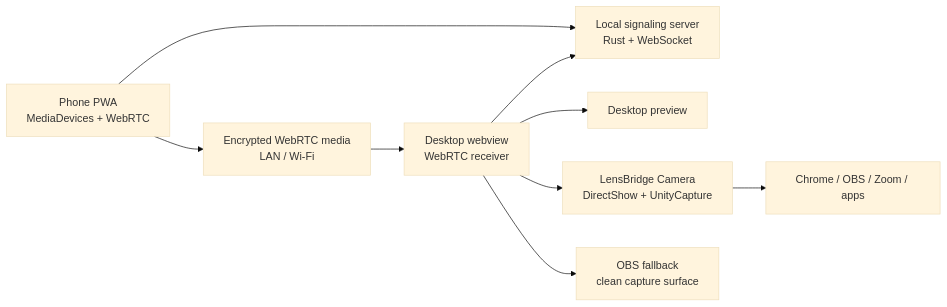
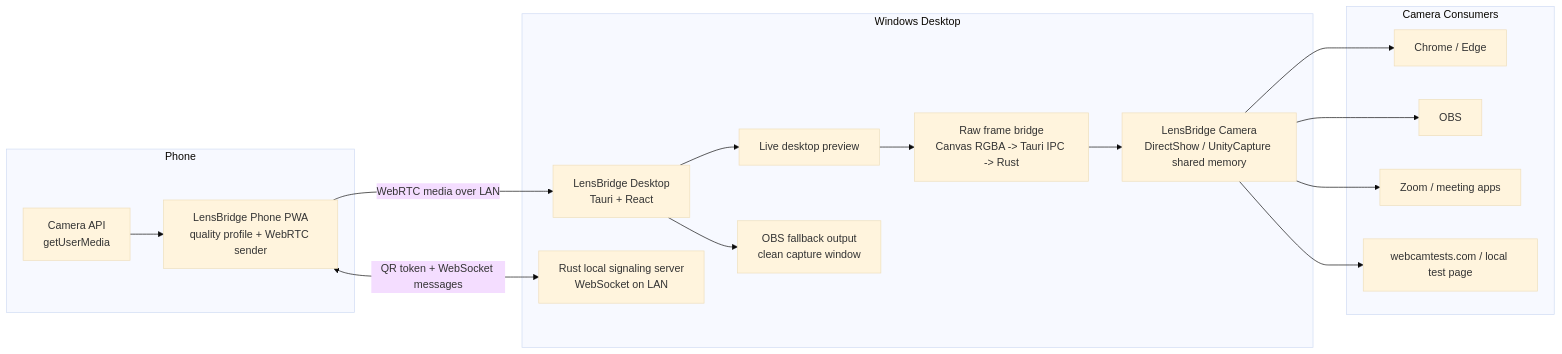
One commit to Abhi190702/lensbridge changed the diagram in README.md. Above: the diagram before and after it, drawn with Mermaid (base theme). The commit also changed other lines of this file and 1 other file, not shown here.

````diff
--- a/README.md
+++ b/README.md
@@ -36,11 +80,35 @@
 ```mermaid
 flowchart LR
-  phone["Phone PWA<br/>MediaDevices + WebRTC"] --> signal["Local signaling server<br/>Rust + WebSocket"]
-  desktop["Desktop webview<br/>WebRTC receiver"] --> signal
-  phone --> media["Encrypted WebRTC media<br/>LAN / Wi-Fi"]
-  media --> desktop
-  desktop --> preview["Desktop preview"]
-  desktop --> direct["LensBridge Camera<br/>DirectShow + UnityCapture"]
-  direct --> apps["Chrome / OBS / Zoom / apps"]
-  desktop --> obs["OBS fallback<br/>clean capture surface"]
+  subgraph Phone["Phone"]
+    Camera["Camera API<br/>getUserMedia"]
+    PhoneApp["LensBridge Phone PWA<br/>quality profile + WebRTC sender"]
+  end
+
+  subgraph Desktop["Windows Desktop"]
+    Tauri["LensBridge Desktop<br/>Tauri + React"]
+    Signal["Rust local signaling server<br/>WebSocket on LAN"]
+    Preview["Live desktop preview"]
+    Bridge["Raw frame bridge<br/>Canvas RGBA -> Tauri IPC -> Rust"]
+    DShow["LensBridge Camera<br/>DirectShow / UnityCapture shared memory"]
+    ObsSurface["OBS fallback output<br/>clean capture window"]
+  end
+
+  subgraph Apps["Camera Consumers"]
+    Chrome["Chrome / Edge"]
+    OBS["OBS"]
+    Zoom["Zoom / meeting apps"]
+    Tests["webcamtests.com / local test page"]
+  end
+
+  Camera --> PhoneApp
+  PhoneApp <-->|QR token + WebSocket messages| Signal
+  PhoneApp -->|WebRTC media over LAN| Tauri
+  Tauri --> Preview
+  Preview --> Bridge
+  Bridge --> DShow
+  DShow --> Chrome
+  DShow --> OBS
+  DShow --> Zoom
+  DShow --> Tests
+  Tauri --> ObsSurface
 ```
````
